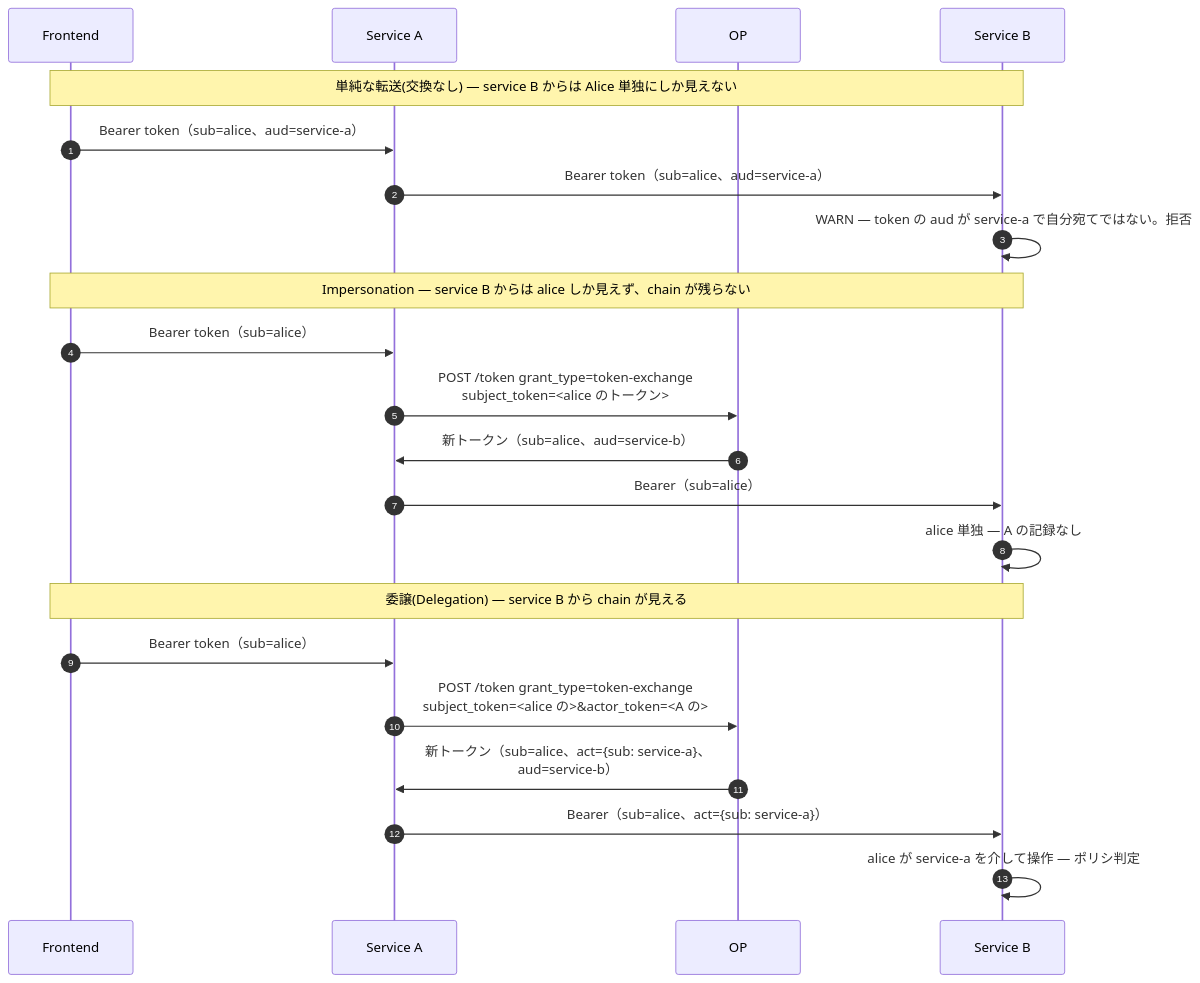
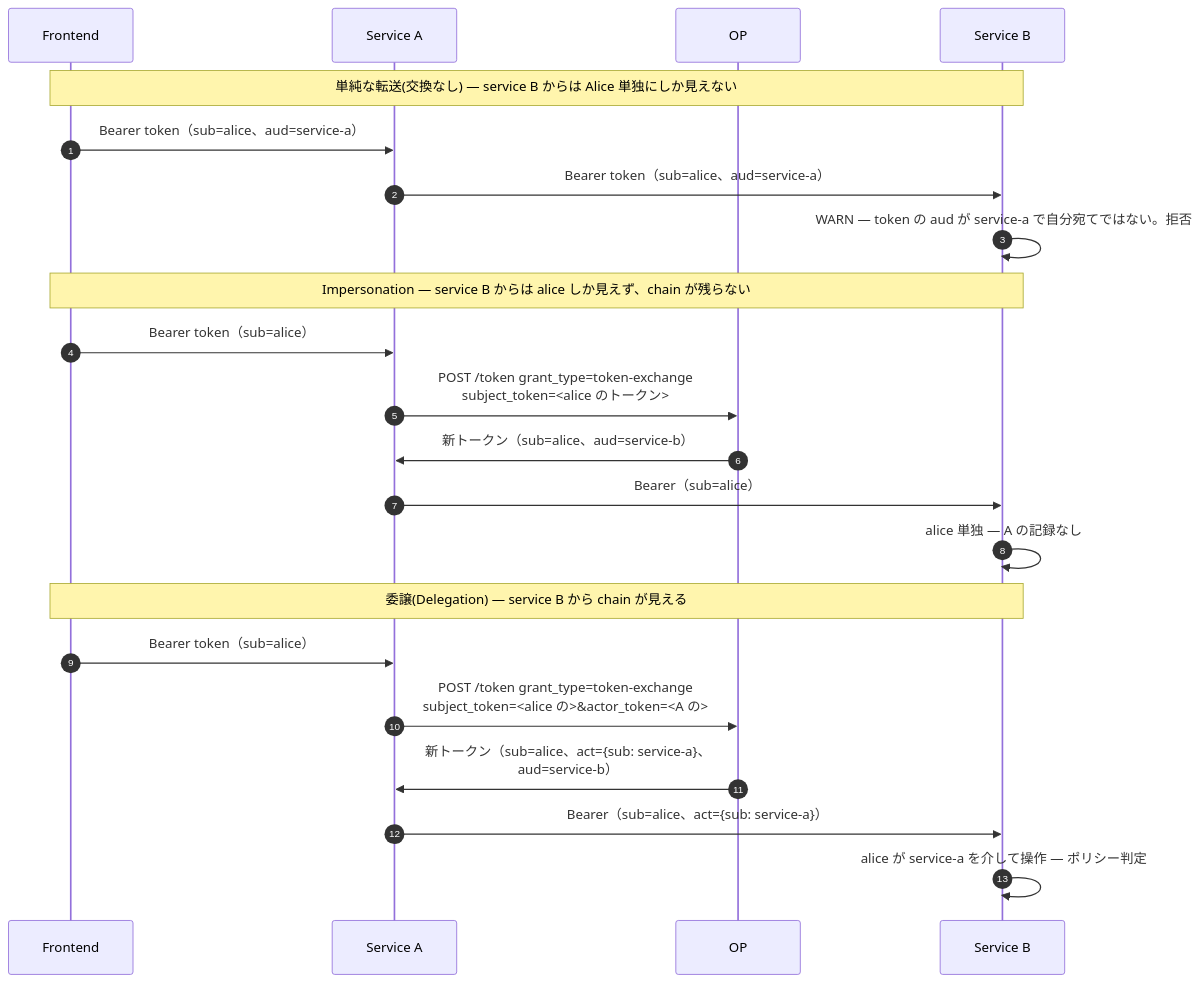
The diagram in src/ja/concepts/token-exchange.md (libraz/go-oidc-provider-homepage), drawn with Mermaid before and after one commit. The commit also changed 34 other files, not shown here.

````diff
--- a/src/ja/concepts/token-exchange.md
+++ b/src/ja/concepts/token-exchange.md
@@ -32,27 +32,27 @@
 ```mermaid
 sequenceDiagram
     autonumber
     participant FE as Frontend
     participant A as Service A
     participant OP as OP
     participant B as Service B
 
     Note over FE,B: 単純な転送(交換なし) — service B からは Alice 単独にしか見えない
     FE->>A: Bearer token（sub=alice、aud=service-a）
     A->>B: Bearer token（sub=alice、aud=service-a）
     B->>B: WARN — token の aud が service-a で自分宛てではない。拒否
 
     Note over FE,B: Impersonation — service B からは alice しか見えず、chain が残らない
     FE->>A: Bearer token（sub=alice）
     A->>OP: POST /token grant_type=token-exchange<br/>subject_token=<alice のトークン>
     OP->>A: 新トークン（sub=alice、aud=service-b）
     A->>B: Bearer（sub=alice）
     B->>B: alice 単独 — A の記録なし
 
     Note over FE,B: 委譲(Delegation) — service B から chain が見える
     FE->>A: Bearer token（sub=alice）
     A->>OP: POST /token grant_type=token-exchange<br/>subject_token=<alice の>&actor_token=<A の>
     OP->>A: 新トークン（sub=alice、act={sub: service-a}、<br/>aud=service-b）
     A->>B: Bearer（sub=alice、act={sub: service-a}）
-    B->>B: alice が service-a を介して操作 — ポリシ判定
+    B->>B: alice が service-a を介して操作 — ポリシー判定
 ```
````
